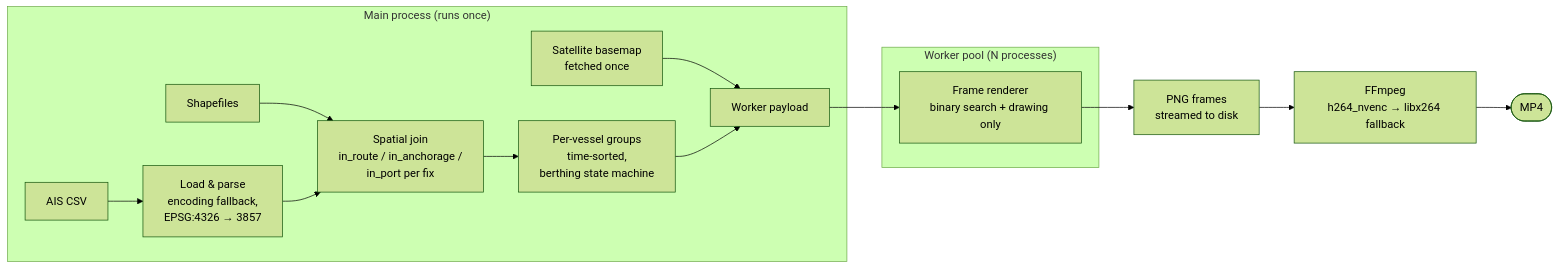
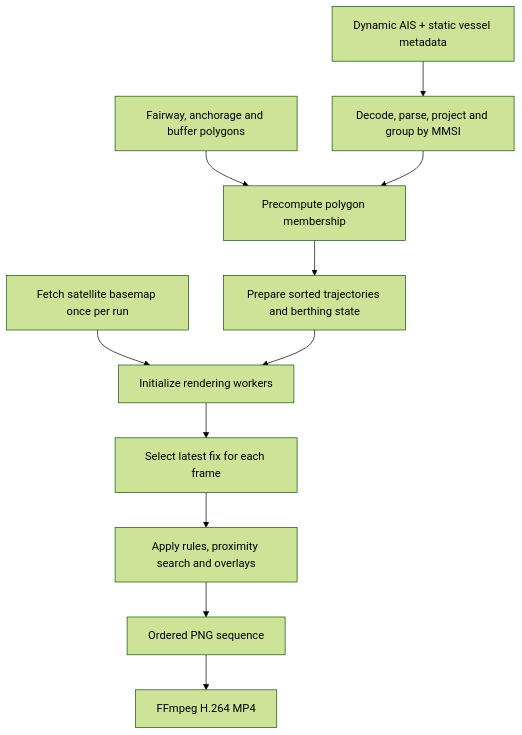
Before and after one commit to fortranmentis/Busan-AIS-ship-behavior-analysis: the diagram in README.md, drawn with Mermaid (forest theme). The commit also changed other lines of this file, not shown here.

First line of the commit message:
Refresh English README with explainable rules, demos and audited validation

````diff
--- a/README.md
+++ b/README.md
@@ -111,17 +170,13 @@
 ```mermaid
-flowchart LR
-    subgraph main["Main process (runs once)"]
-        A[AIS CSV] --> B["Load & parse<br/>encoding fallback,<br/>EPSG:4326 → 3857"]
-        S[Shapefiles] --> C["Spatial join<br/>in_route / in_anchorage /<br/>in_port per fix"]
-        B --> C
-        C --> D["Per-vessel groups<br/>time-sorted,<br/>berthing state machine"]
-        E["Satellite basemap<br/>fetched once"] --> F
-        D --> F["Worker payload"]
-    end
-    subgraph pool["Worker pool (N processes)"]
-        F --> G["Frame renderer<br/>binary search + drawing only"]
-    end
-    G --> H["PNG frames<br/>streamed to disk"]
-    H --> I["FFmpeg<br/>h264_nvenc → libx264 fallback"]
-    I --> J([MP4])
+flowchart TD
+    A["Dynamic AIS + static vessel metadata"] --> C["Decode, parse, project and group by MMSI"]
+    B["Fairway, anchorage and buffer polygons"] --> D["Precompute polygon membership"]
+    C --> D
+    D --> E["Prepare sorted trajectories and berthing state"]
+    F["Fetch satellite basemap once per run"] --> G["Initialize rendering workers"]
+    E --> G
+    G --> H["Select latest fix for each frame"]
+    H --> I["Apply rules, proximity search and overlays"]
+    I --> J["Ordered PNG sequence"]
+    J --> K["FFmpeg H.264 MP4"]
 ```
````
